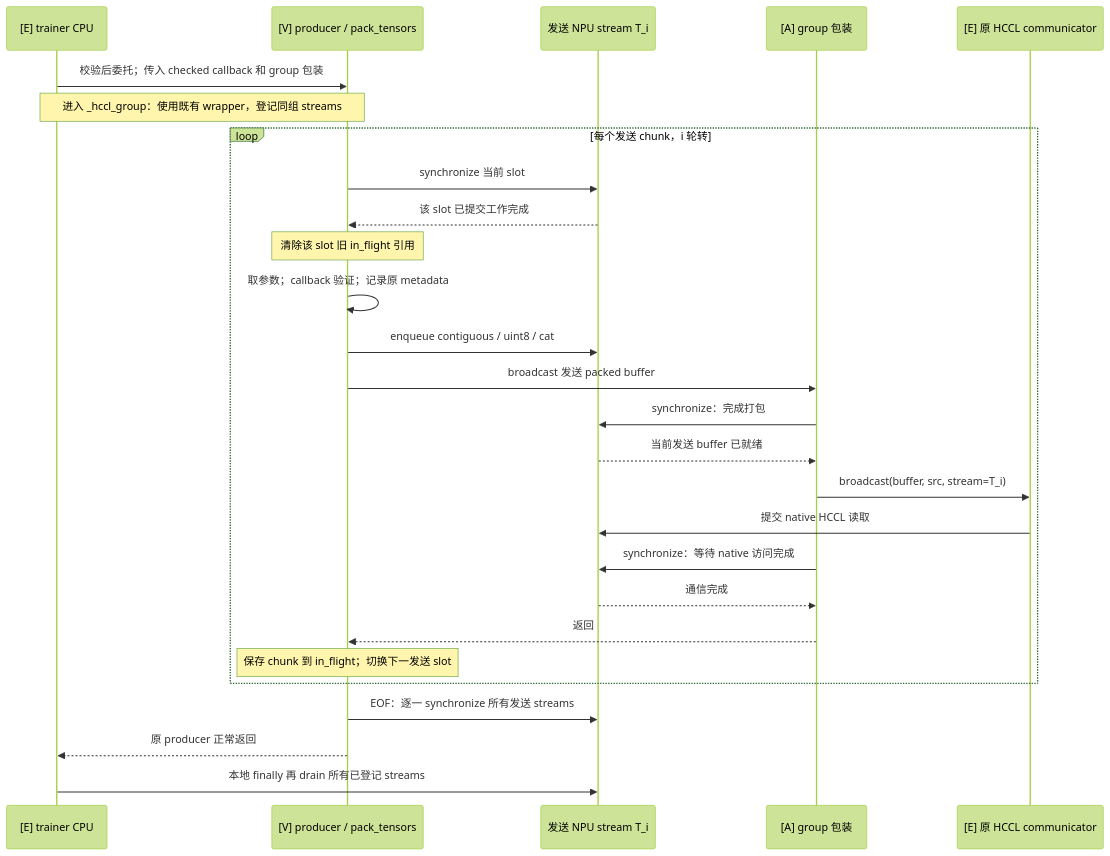
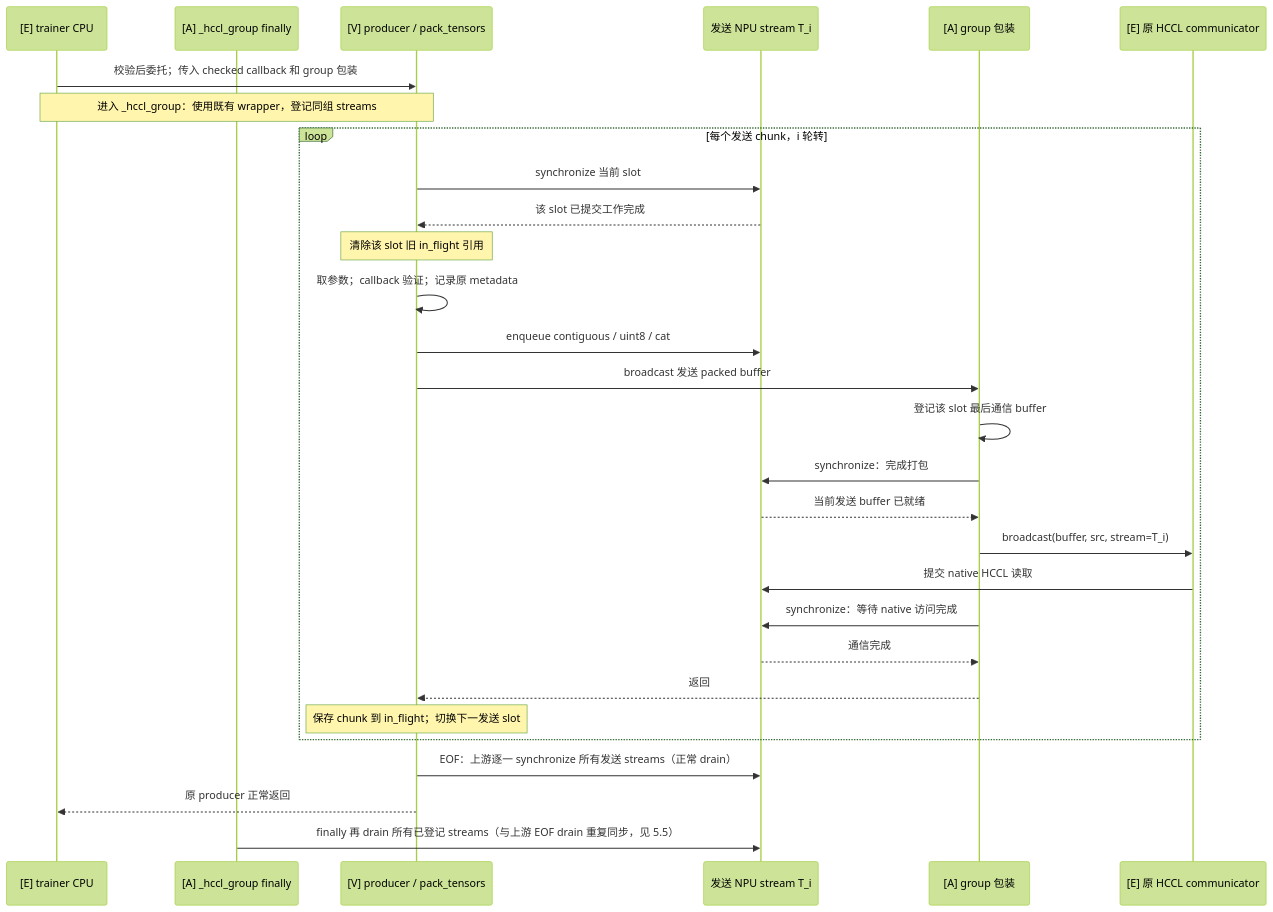
Before and after one commit to Liccol/ref-doc: the fourth of 10 diagrams in vllm/weight-transfer/packed-tensor-design.md, drawn with Mermaid (forest theme). The commit also changed other lines of this file and 3 other files, not shown here.

First line of the commit message:
docs: fix diagram attribution and split UML rebinding v1.0.6

````diff
--- a/vllm/weight-transfer/packed-tensor-design.md
+++ b/vllm/weight-transfer/packed-tensor-design.md
@@ -178,29 +180,31 @@
 ```mermaid
 sequenceDiagram
     participant TC as [E] trainer CPU
+    participant FIN as [A] _hccl_group finally
     participant VP as [V] producer / pack_tensors
     participant TS as 发送 NPU stream T_i
     participant AG as [A] group 包装
     participant HC as [E] 原 HCCL communicator
     TC->>VP: 校验后委托；传入 checked callback 和 group 包装
     Note over TC,VP: 进入 _hccl_group：使用既有 wrapper，登记同组 streams
     loop 每个发送 chunk，i 轮转
         VP->>TS: synchronize 当前 slot
         TS-->>VP: 该 slot 已提交工作完成
         Note over VP: 清除该 slot 旧 in_flight 引用
         VP->>VP: 取参数；callback 验证；记录原 metadata
         VP->>TS: enqueue contiguous / uint8 / cat
         VP->>AG: broadcast 发送 packed buffer
+        AG->>AG: 登记该 slot 最后通信 buffer
         AG->>TS: synchronize：完成打包
         TS-->>AG: 当前发送 buffer 已就绪
         AG->>HC: broadcast(buffer, src, stream=T_i)
         HC->>TS: 提交 native HCCL 读取
         AG->>TS: synchronize：等待 native 访问完成
         TS-->>AG: 通信完成
         AG-->>VP: 返回
         Note over VP: 保存 chunk 到 in_flight；切换下一发送 slot
     end
-    VP->>TS: EOF：逐一 synchronize 所有发送 streams
+    VP->>TS: EOF：上游逐一 synchronize 所有发送 streams（正常 drain）
     VP-->>TC: 原 producer 正常返回
-    TC->>TS: 本地 finally 再 drain 所有已登记 streams
+    FIN->>TS: finally 再 drain 所有已登记 streams（与上游 EOF drain 重复同步，见 5.5）
 ```
````
